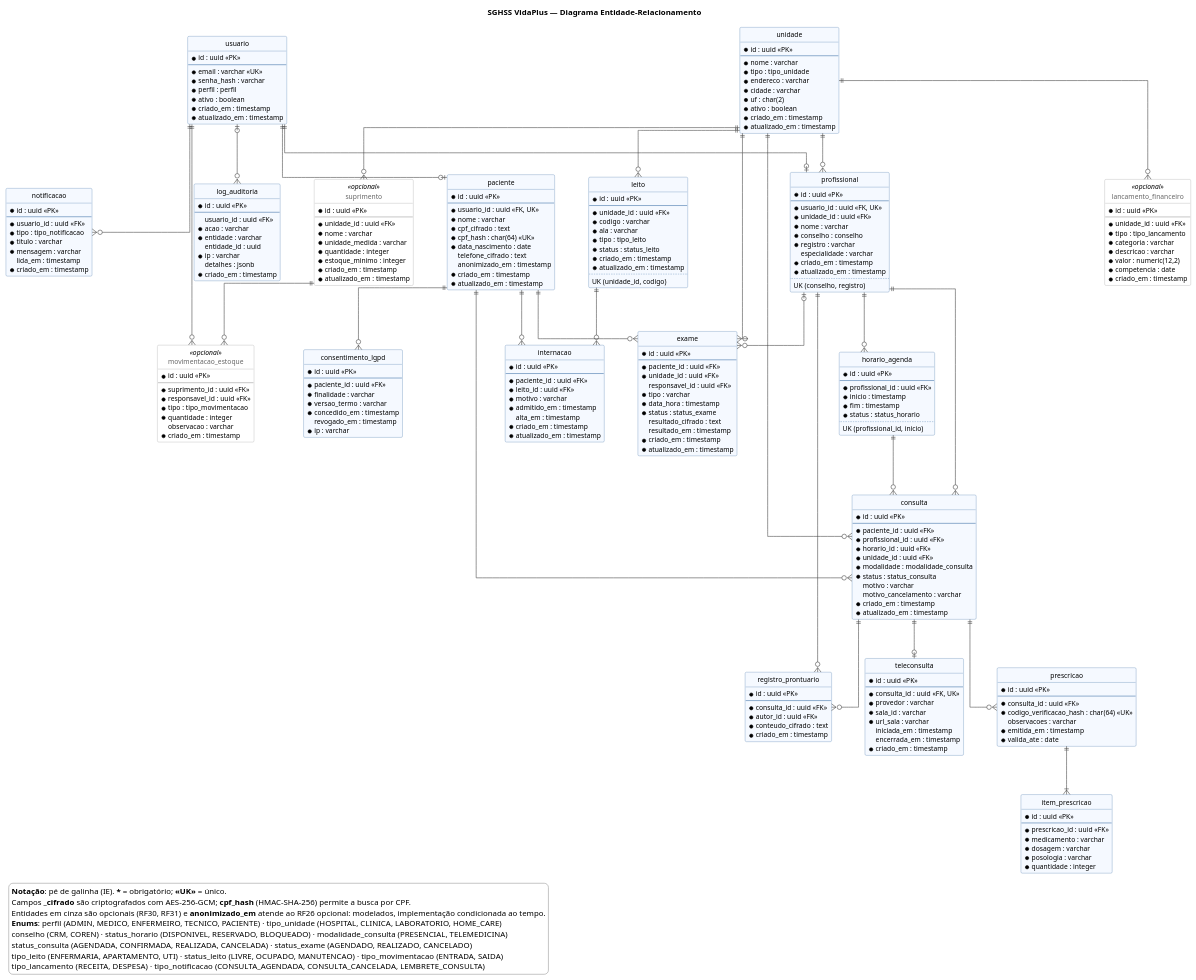
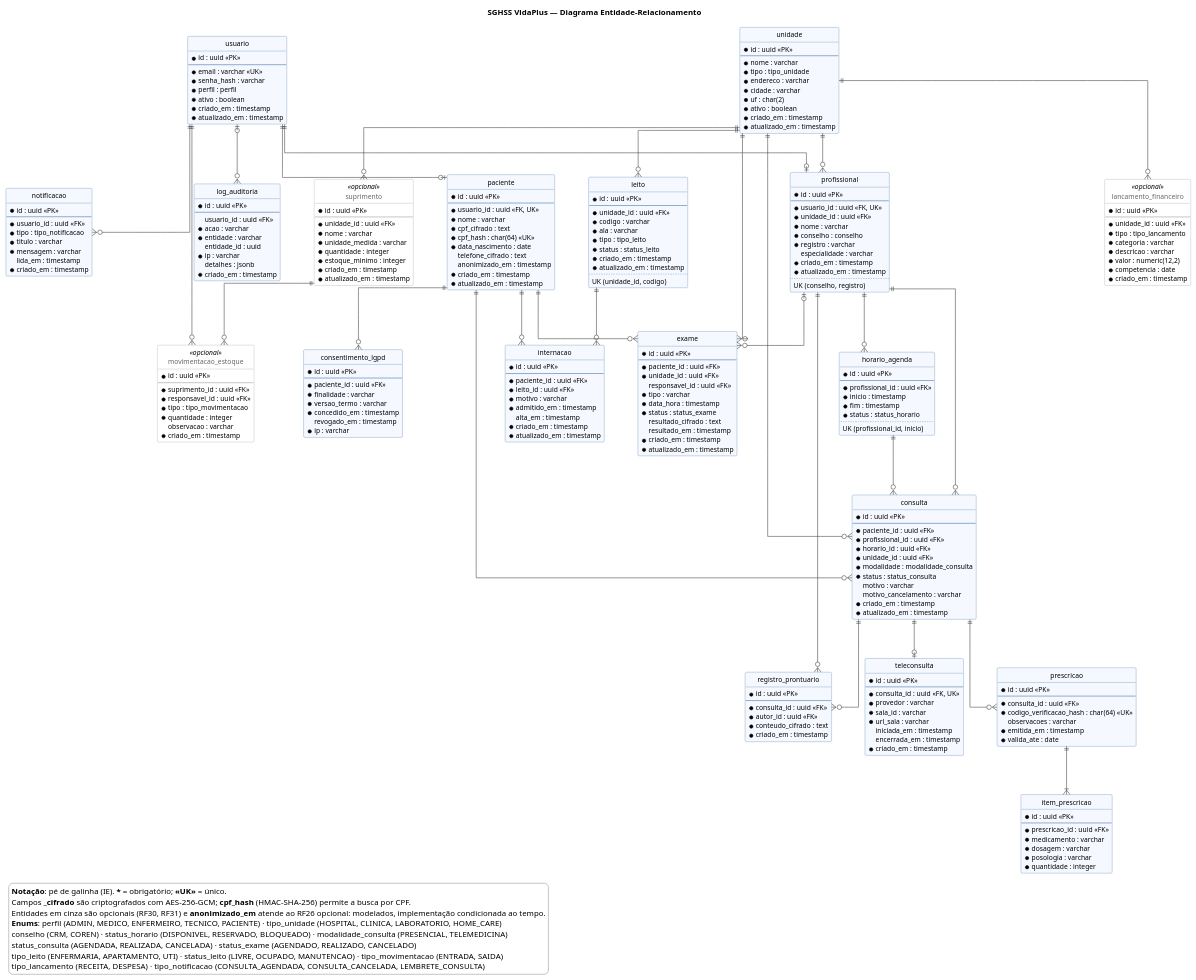
The diagram in docs/diagramas/der.puml (JlucasFaria/sghss-api), drawn with PlantUML before and after one commit. The commit also changed 6 other files, not shown here.

```diff
--- a/docs/diagramas/der.puml
+++ b/docs/diagramas/der.puml
@@ -298,7 +298,7 @@
   Entidades em cinza são opcionais (RF30, RF31) e <b>anonimizado_em</b> atende ao RF26 opcional: modelados, implementação condicionada ao tempo.
   <b>Enums</b>: perfil (ADMIN, MEDICO, ENFERMEIRO, TECNICO, PACIENTE) · tipo_unidade (HOSPITAL, CLINICA, LABORATORIO, HOME_CARE)
   conselho (CRM, COREN) · status_horario (DISPONIVEL, RESERVADO, BLOQUEADO) · modalidade_consulta (PRESENCIAL, TELEMEDICINA)
-  status_consulta (AGENDADA, CONFIRMADA, REALIZADA, CANCELADA) · status_exame (AGENDADO, REALIZADO, CANCELADO)
+  status_consulta (AGENDADA, REALIZADA, CANCELADA) · status_exame (AGENDADO, REALIZADO, CANCELADO)
   tipo_leito (ENFERMARIA, APARTAMENTO, UTI) · status_leito (LIVRE, OCUPADO, MANUTENCAO) · tipo_movimentacao (ENTRADA, SAIDA)
   tipo_lancamento (RECEITA, DESPESA) · tipo_notificacao (CONSULTA_AGENDADA, CONSULTA_CANCELADA, LEMBRETE_CONSULTA)
 endlegend
```
